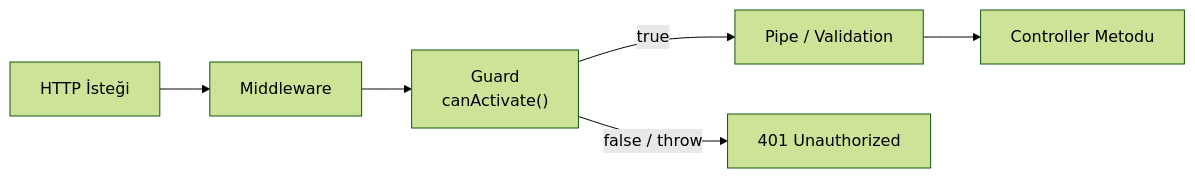
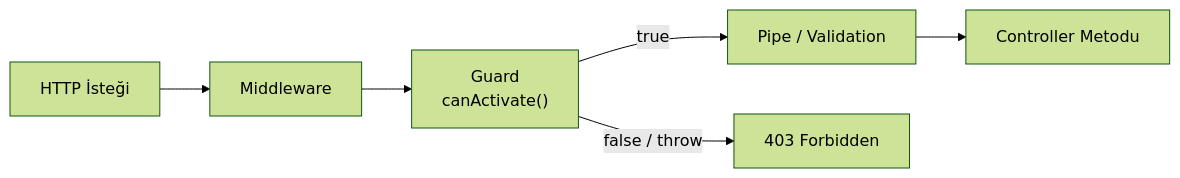
Before and after one commit to HuseyinKaraman/nestjs-microservice: the fourth of 7 diagrams in docs/ARCHITECTURE.md, drawn with Mermaid (forest theme). The commit also changed other lines of this file and 3 other files, not shown here.

````diff
--- a/docs/ARCHITECTURE.md
+++ b/docs/ARCHITECTURE.md
@@ -104,7 +111,7 @@
 ```mermaid
 flowchart LR
     Req["HTTP İsteği"] --> MW["Middleware"] --> Guard["Guard\ncanActivate()"]
     Guard -->|true| Pipe["Pipe / Validation"]
-    Guard -->|false / throw| Err["401 Unauthorized"]
+    Guard -->|false / throw| Err["403 Forbidden"]
     Pipe --> Handler["Controller Metodu"]
 ```
````
